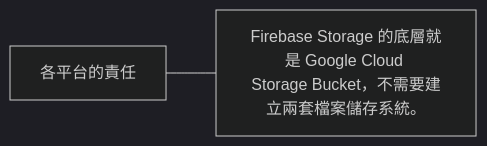
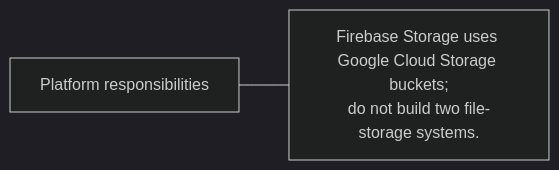
The fourth of 38 diagrams in docs/proposals/line-engineering/README.md (963sup/line-mini-app-bot), drawn with Mermaid (dark theme) before and after one commit. The commit also changed other lines of this file and 341 other files, not shown here.

````diff
--- a/docs/proposals/line-engineering/README.md
+++ b/docs/proposals/line-engineering/README.md
@@ -61,5 +65,5 @@
 ```mermaid
 flowchart LR
-  h["各平台的責任"]
-  h --- n0["Firebase Storage 的底層就是 Google Cloud <br/>Storage Bucket，不需要建立兩套檔案儲存系統。"]
+  h["Platform responsibilities"]
+  h --- n0["Firebase Storage uses Google Cloud Storage buckets;<br/>do not build two file-storage systems."]
 ```
````
